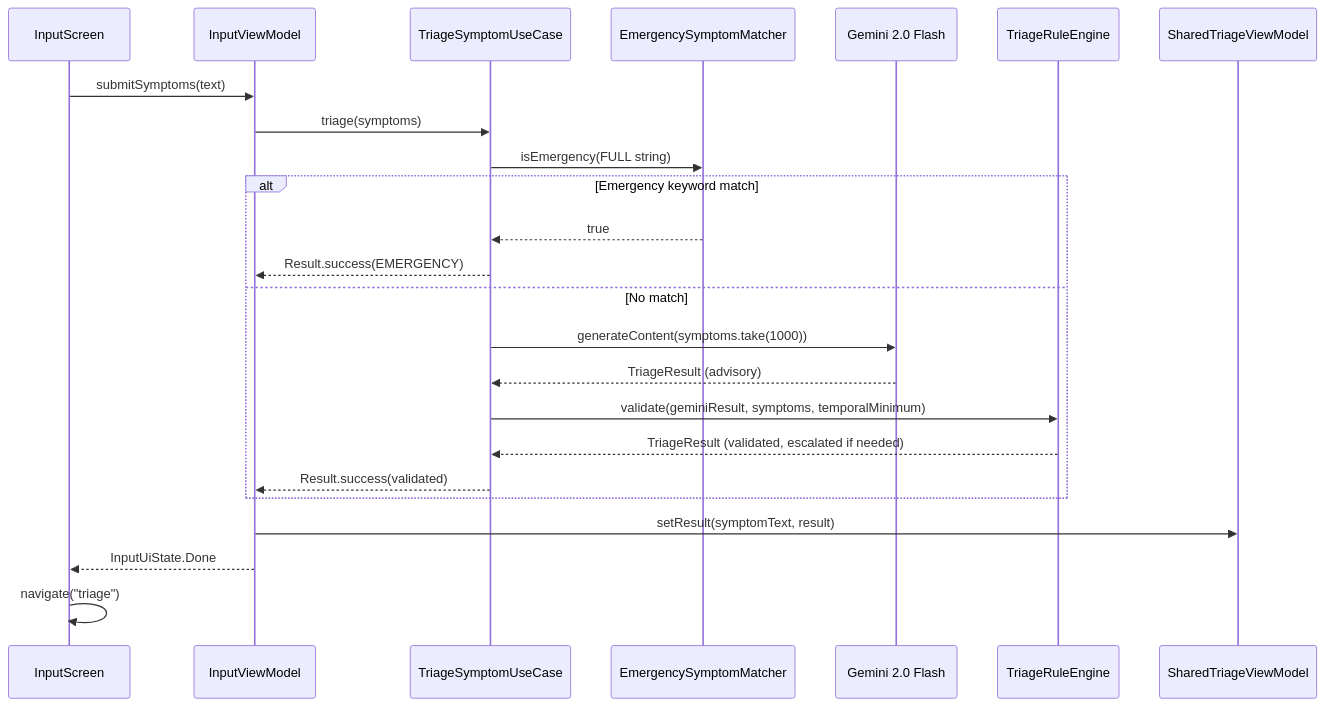
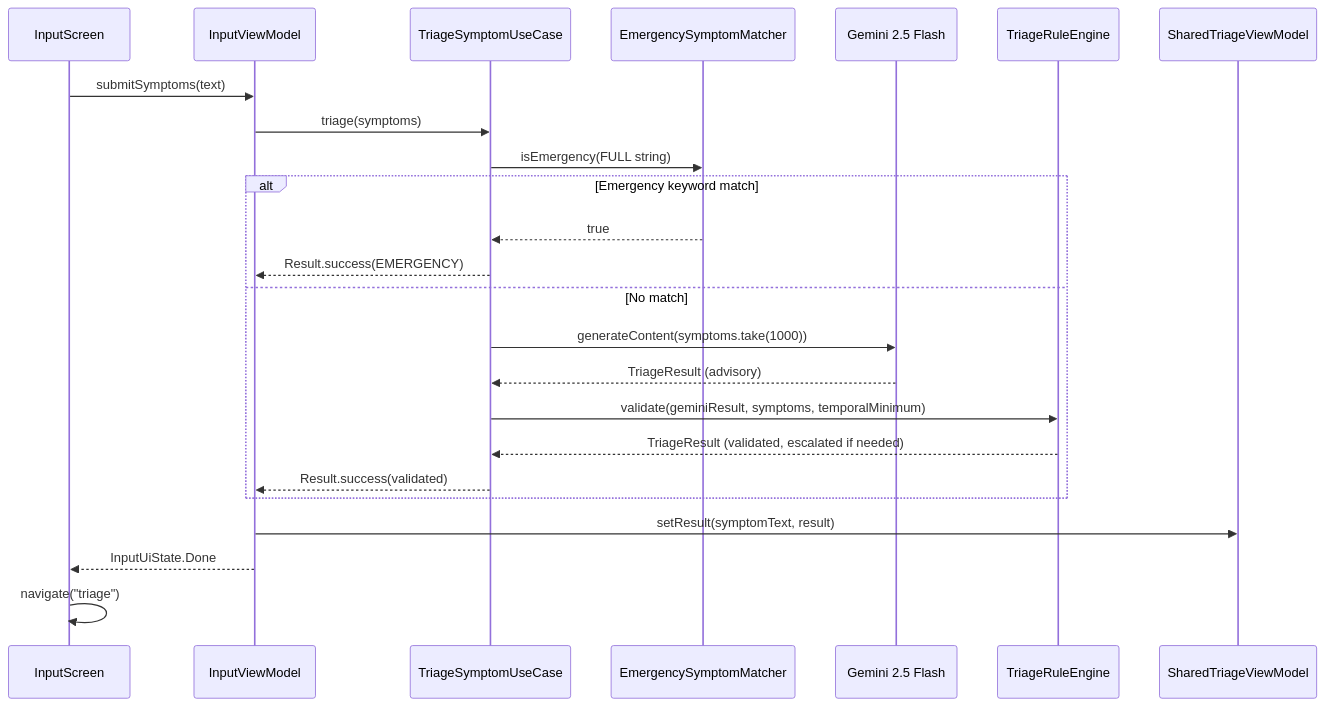
One commit to lakshmanreddymv-bot/MedicalSymptomPreScreener changed the fourth of 4 diagrams in README.md. Above: the diagram before and after it, drawn with Mermaid. The commit also changed other lines of this file and 7 other files, not shown here.

First line of the commit message:
chore: upgrade Gemini model to gemini-2.5-flash

````diff
--- a/README.md
+++ b/README.md
@@ -197,27 +197,27 @@
 ```mermaid
 sequenceDiagram
     participant UI as InputScreen
     participant VM as InputViewModel
     participant UC as TriageSymptomUseCase
     participant Safety as EmergencySymptomMatcher
-    participant AI as Gemini 2.0 Flash
+    participant AI as Gemini 2.5 Flash
     participant Rule as TriageRuleEngine
     participant Shared as SharedTriageViewModel
 
     UI->>VM: submitSymptoms(text)
     VM->>UC: triage(symptoms)
     UC->>Safety: isEmergency(FULL string)
     alt Emergency keyword match
         Safety-->>UC: true
         UC-->>VM: Result.success(EMERGENCY)
     else No match
         UC->>AI: generateContent(symptoms.take(1000))
         AI-->>UC: TriageResult (advisory)
         UC->>Rule: validate(geminiResult, symptoms, temporalMinimum)
         Rule-->>UC: TriageResult (validated, escalated if needed)
         UC-->>VM: Result.success(validated)
     end
     VM->>Shared: setResult(symptomText, result)
     VM-->>UI: InputUiState.Done
     UI->>UI: navigate("triage")
 ```
````
